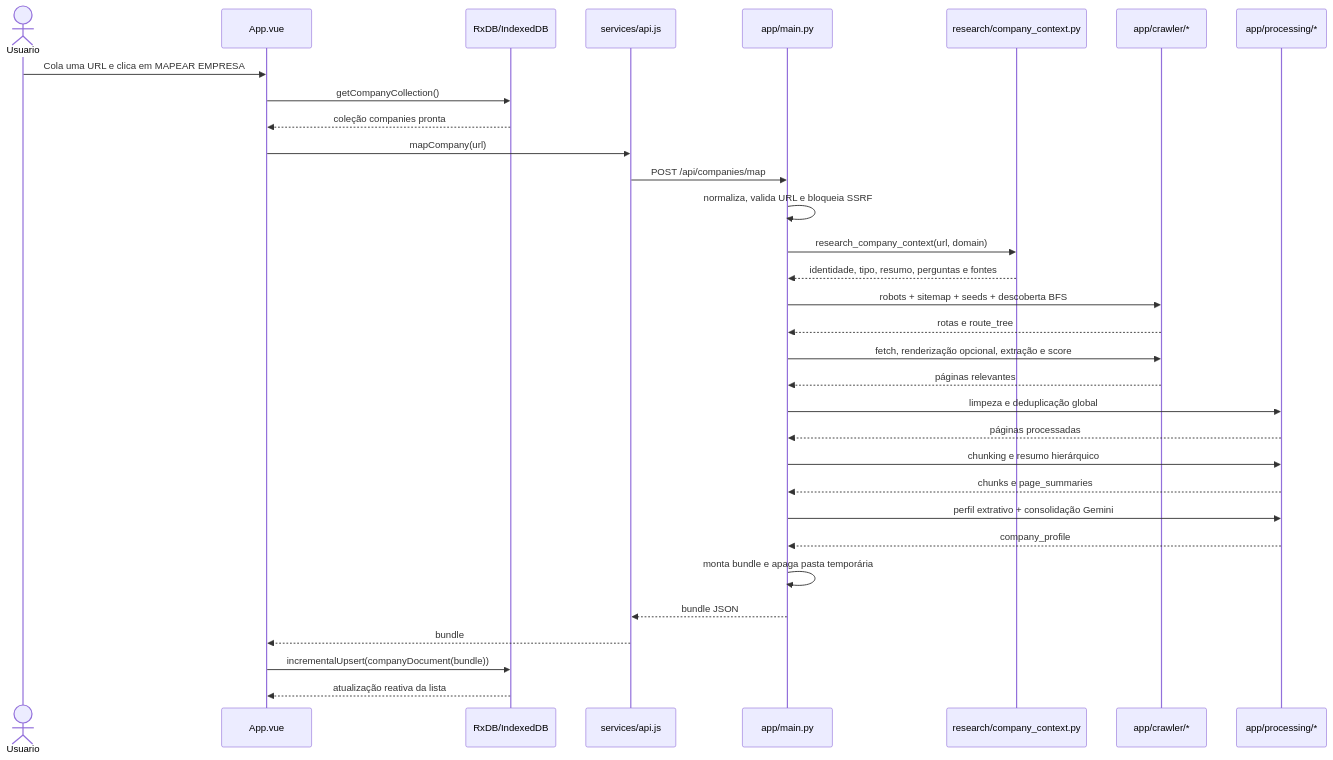
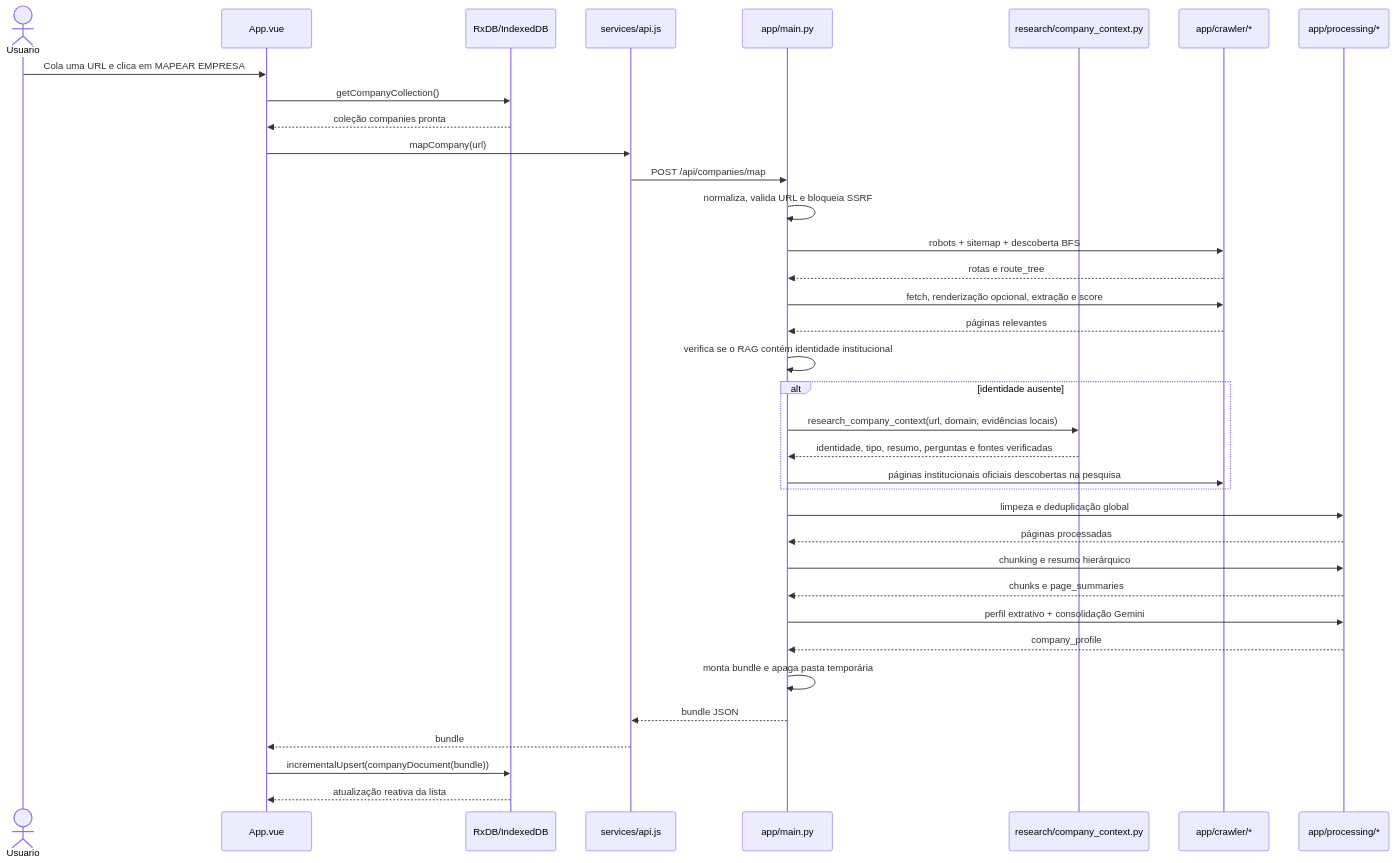
The second of 3 diagrams in README.md (jorgelpiva/company-resume), drawn with Mermaid before and after one commit. The commit also changed other lines of this file and 7 other files, not shown here.

````diff
--- a/README.md
+++ b/README.md
@@ -94,35 +136,39 @@
 ```mermaid
 sequenceDiagram
     actor Usuario
     participant App as App.vue
     participant DB as RxDB/IndexedDB
     participant ApiJs as services/api.js
     participant FastAPI as app/main.py
     participant Pesquisa as research/company_context.py
     participant Crawler as app/crawler/*
     participant Processamento as app/processing/*
 
     Usuario->>App: Cola uma URL e clica em MAPEAR EMPRESA
     App->>DB: getCompanyCollection()
     DB-->>App: coleção companies pronta
     App->>ApiJs: mapCompany(url)
     ApiJs->>FastAPI: POST /api/companies/map
     FastAPI->>FastAPI: normaliza, valida URL e bloqueia SSRF
-    FastAPI->>Pesquisa: research_company_context(url, domain)
-    Pesquisa-->>FastAPI: identidade, tipo, resumo, perguntas e fontes
-    FastAPI->>Crawler: robots + sitemap + seeds + descoberta BFS
+    FastAPI->>Crawler: robots + sitemap + descoberta BFS
     Crawler-->>FastAPI: rotas e route_tree
     FastAPI->>Crawler: fetch, renderização opcional, extração e score
     Crawler-->>FastAPI: páginas relevantes
+    FastAPI->>FastAPI: verifica se o RAG contém identidade institucional
+    alt identidade ausente
+        FastAPI->>Pesquisa: research_company_context(url, domain, evidências locais)
+        Pesquisa-->>FastAPI: identidade, tipo, resumo, perguntas e fontes verificadas
+        FastAPI->>Crawler: páginas institucionais oficiais descobertas na pesquisa
+    end
     FastAPI->>Processamento: limpeza e deduplicação global
     Processamento-->>FastAPI: páginas processadas
     FastAPI->>Processamento: chunking e resumo hierárquico
     Processamento-->>FastAPI: chunks e page_summaries
     FastAPI->>Processamento: perfil extrativo + consolidação Gemini
     Processamento-->>FastAPI: company_profile
     FastAPI->>FastAPI: monta bundle e apaga pasta temporária
     FastAPI-->>ApiJs: bundle JSON
     ApiJs-->>App: bundle
     App->>DB: incrementalUpsert(companyDocument(bundle))
     DB-->>App: atualização reativa da lista
 ```
````
